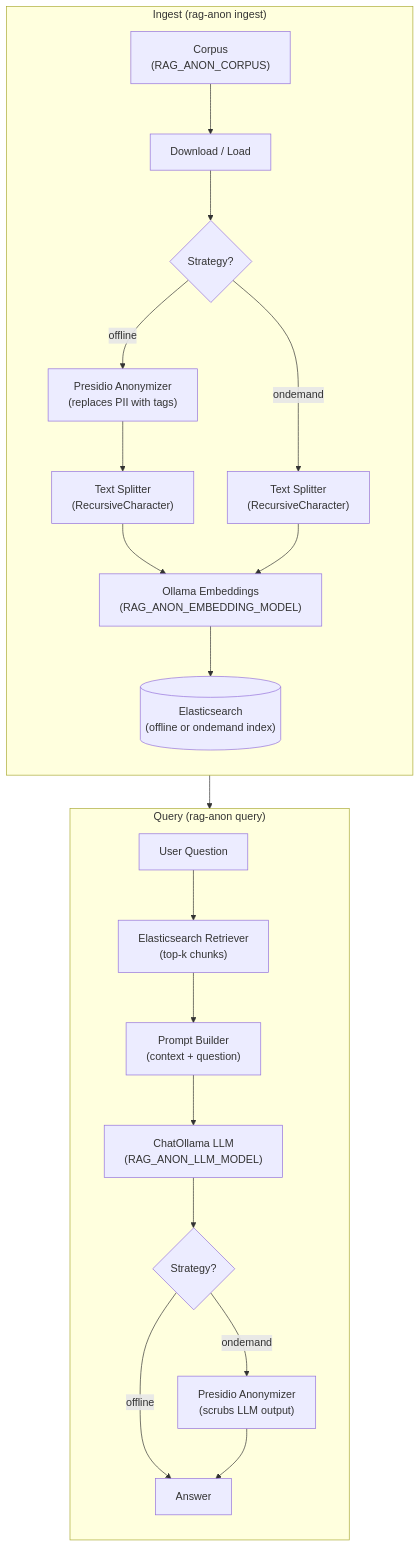
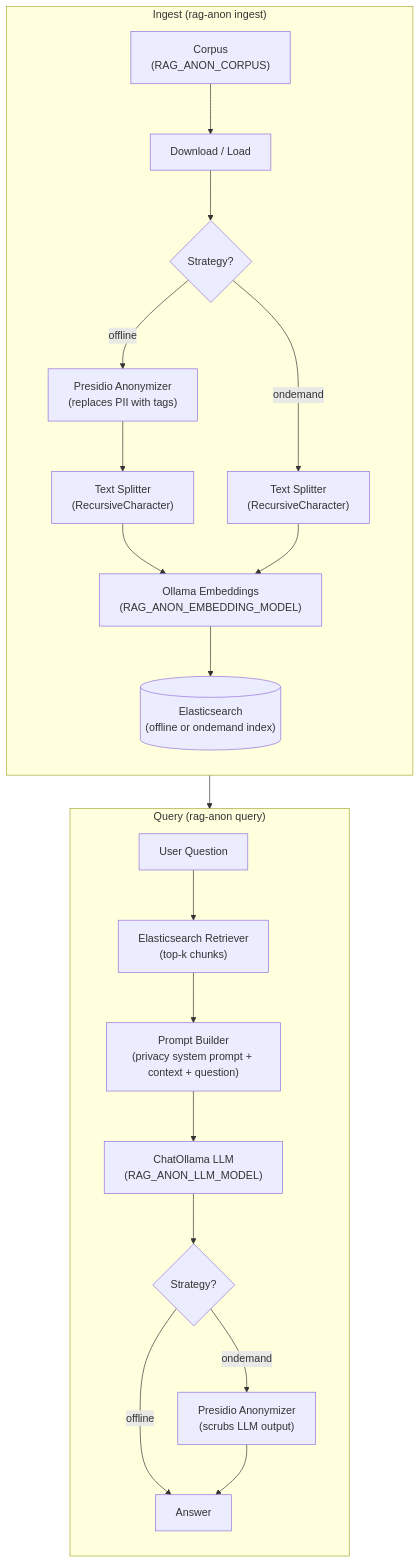
The diagram in README.md (matheusfbosa/rag-anonymous), drawn with Mermaid before and after one commit. The commit also changed other lines of this file and 6 other files, not shown here.

Commit message:
feat: Add Zhang-style privacy system prompt on the generator

````diff
--- a/README.md
+++ b/README.md
@@ -15,27 +15,27 @@
 ```mermaid
 flowchart TB
     subgraph ingest_phase ["Ingest  (rag-anon ingest)"]
         direction TB
         corpus["Corpus\n(RAG_ANON_CORPUS)"] --> load["Download / Load"]
         load --> strat_in{"Strategy?"}
         strat_in -->|offline| presidio_in["Presidio Anonymizer\n(replaces PII with tags)"]
         presidio_in --> splitter_off["Text Splitter\n(RecursiveCharacter)"]
         strat_in -->|ondemand| splitter_on["Text Splitter\n(RecursiveCharacter)"]
         splitter_off --> embed["Ollama Embeddings\n(RAG_ANON_EMBEDDING_MODEL)"]
         splitter_on --> embed
         embed --> es[("Elasticsearch\n(offline or ondemand index)")]
     end
 
     subgraph query_phase ["Query  (rag-anon query)"]
         direction TB
-        question["User Question"] --> retriever["Elasticsearch Retriever\n(top-k chunks)"]
-        retriever --> prompt_builder["Prompt Builder\n(context + question)"]
+        question["User Question"] -->         retriever["Elasticsearch Retriever\n(top-k chunks)"]
+        retriever --> prompt_builder["Prompt Builder\n(privacy system prompt + context + question)"]
         prompt_builder --> llm["ChatOllama LLM\n(RAG_ANON_LLM_MODEL)"]
         llm --> strat_out{"Strategy?"}
         strat_out -->|offline| answer["Answer"]
         strat_out -->|ondemand| presidio_out["Presidio Anonymizer\n(scrubs LLM output)"]
         presidio_out --> answer
     end
 
     es --> retriever
 ```
````
